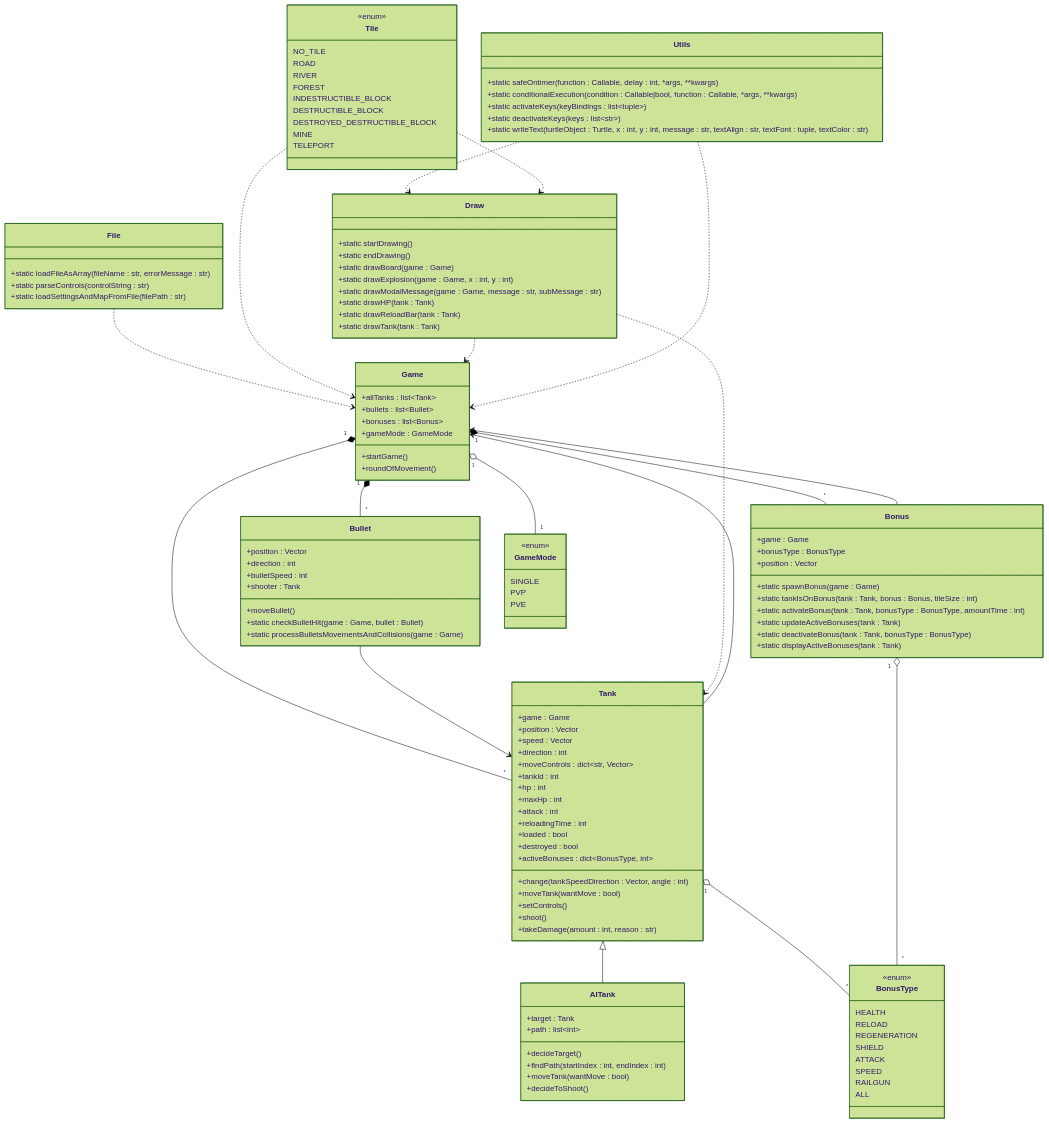
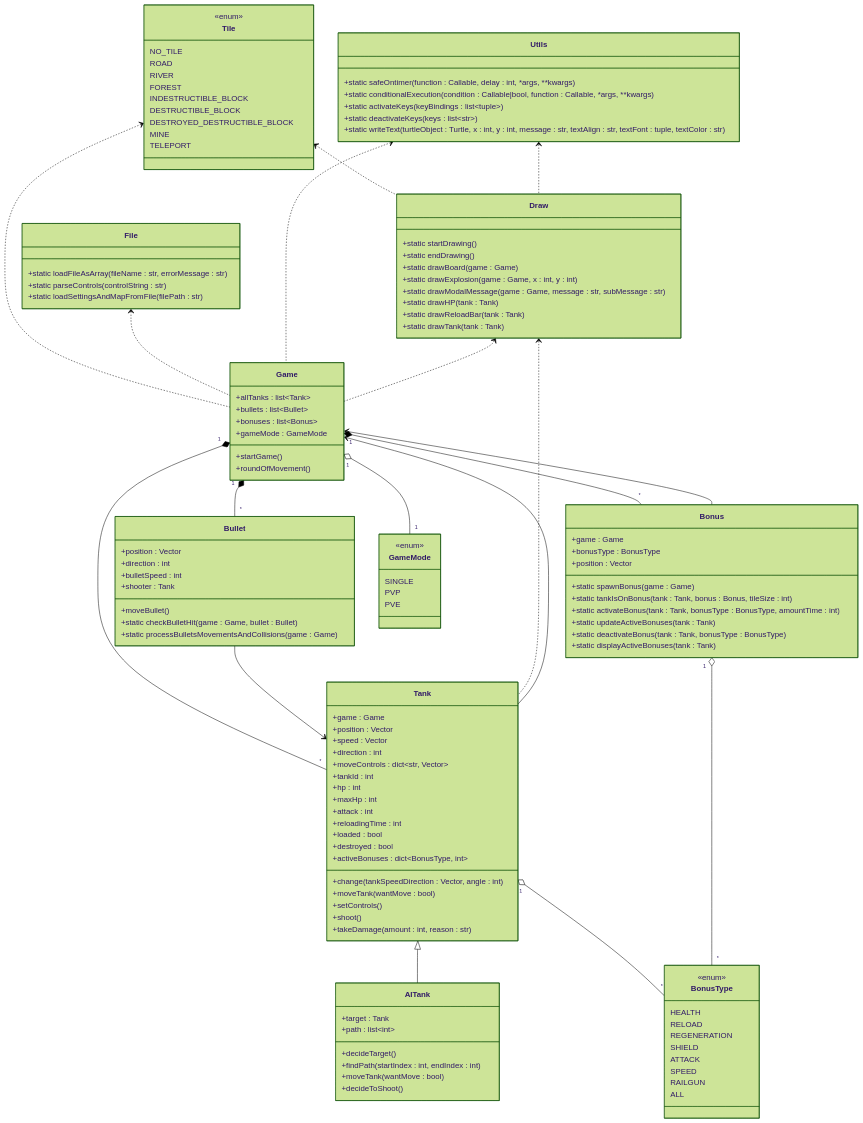
One commit to rzymski/TanksBattleGame changed the second of 3 diagrams in src/freegames/tanksGame/README.md. Above: the diagram before and after it, drawn with Mermaid (forest theme).

Commit message:
poprawa diagramu w README.md

````diff
--- a/src/freegames/tanksGame/README.md
+++ b/src/freegames/tanksGame/README.md
@@ -372,11 +372,11 @@
     Bonus --> Game
     Bonus "1" o-- "*" BonusType
 
-    File ..> Game
-    Tile ..> Game
-    Draw ..> Game
-    Draw ..> Tank
-    Utils ..> Game
-    Utils ..> Draw
-    Tile ..> Draw
+    Tile <.. Game
+    Tile <.. Draw
+    File <.. Game
+    Utils <.. Game
+    Draw <.. Game
+    Draw <.. Tank
+    Utils <.. Draw
 ```
````
